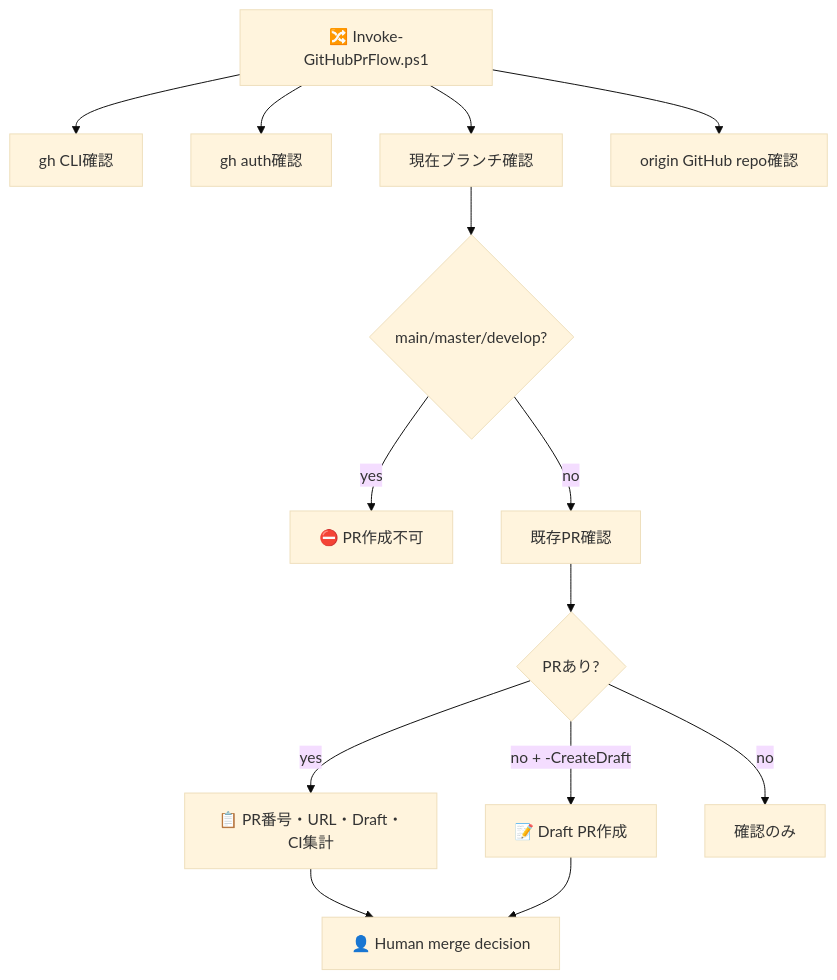
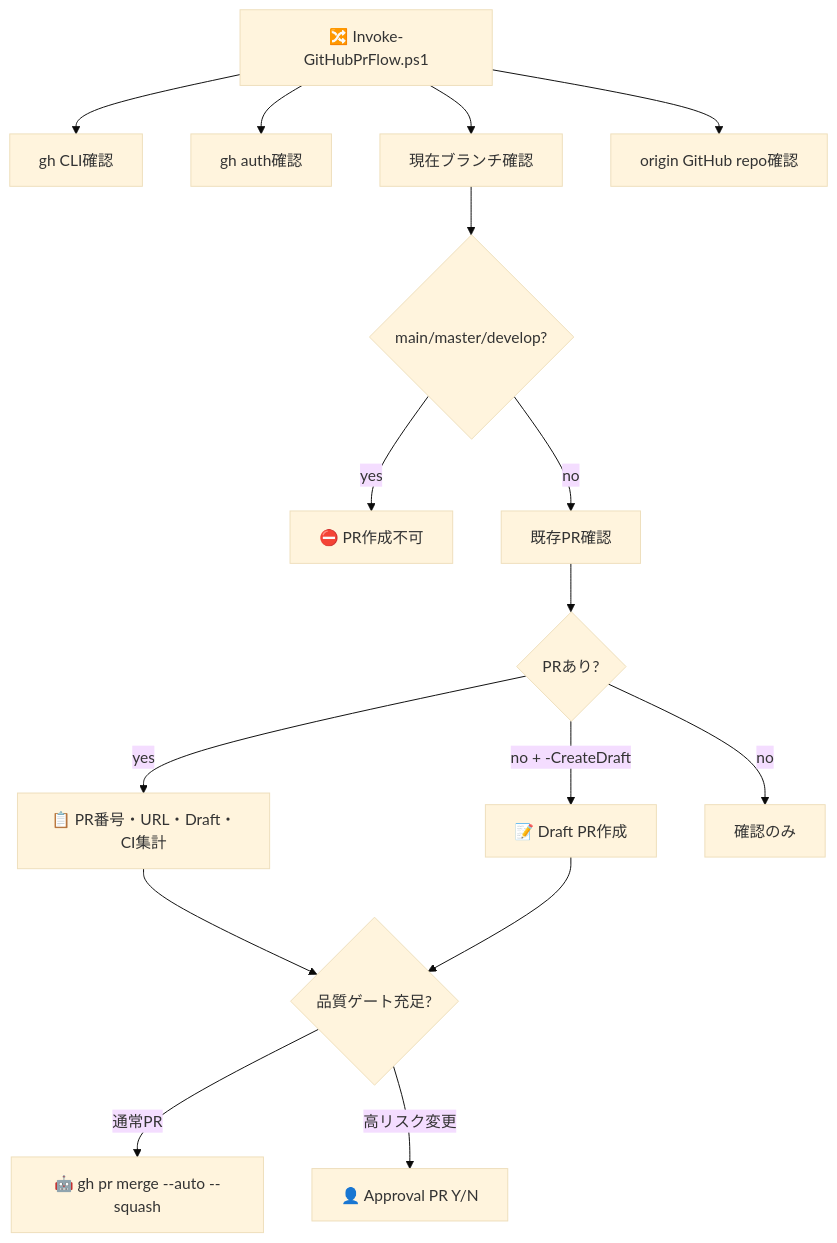
The tenth of 13 diagrams in README.md (Kensan196948G/Codex-StartUpTools-New-Linux), drawn with Mermaid (base theme) before and after one commit. The commit also changed other lines of this file and 13 other files, not shown here.

````diff
--- a/README.md
+++ b/README.md
@@ -313,16 +318,18 @@
 ```mermaid
 flowchart TD
     A["🔀 Invoke-GitHubPrFlow.ps1"] --> B["gh CLI確認"]
     A --> C["gh auth確認"]
     A --> D["現在ブランチ確認"]
     A --> E["origin GitHub repo確認"]
     D --> F{"main/master/develop?"}
     F -->|yes| G["⛔ PR作成不可"]
     F -->|no| H["既存PR確認"]
     H --> I{"PRあり?"}
     I -->|yes| J["📋 PR番号・URL・Draft・CI集計"]
     I -->|no + -CreateDraft| K["📝 Draft PR作成"]
     I -->|no| L["確認のみ"]
-    J --> M["👤 Human merge decision"]
+    J --> M{"品質ゲート充足?"}
     K --> M
+    M -->|通常PR| N["🤖 gh pr merge --auto --squash"]
+    M -->|高リスク変更| O["👤 Approval PR Y/N"]
 ```
````
